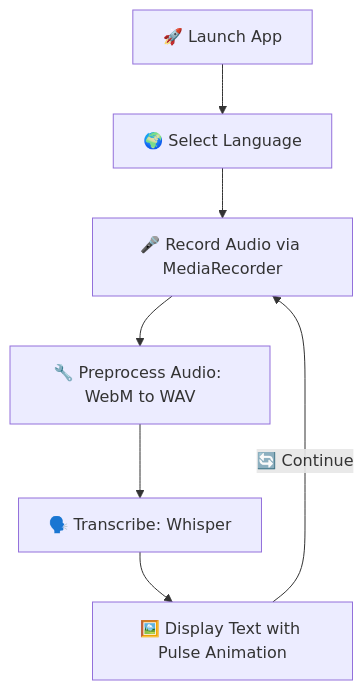
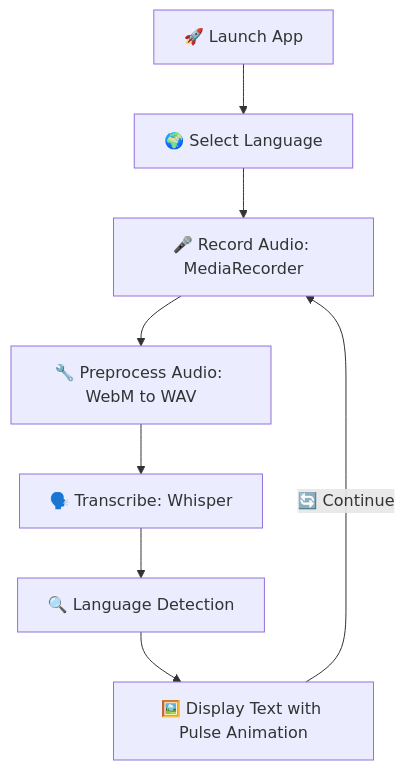
The second of 4 diagrams in README.md (Parham-Dehghan/ai-eyes-for-the-blind), drawn with Mermaid before and after one commit. The commit also changed other lines of this file, not shown here.

````diff
--- a/README.md
+++ b/README.md
@@ -90,9 +96,10 @@
 ```mermaid
 graph TD
     A[🚀 Launch App] --> B[🌍 Select Language]
-    B --> C[🎤 Record Audio via MediaRecorder]
+    B --> C[🎤 Record Audio: MediaRecorder]
     C --> D[🔧 Preprocess Audio: WebM to WAV]
     D --> E[🗣️ Transcribe: Whisper]
-    E --> F[🖼️ Display Text with Pulse Animation]
-    F -->|🔄 Continue| C
+    E --> F[🔍 Language Detection]
+    F --> G[🖼️ Display Text with Pulse Animation]
+    G -->|🔄 Continue| C
 ```
````
